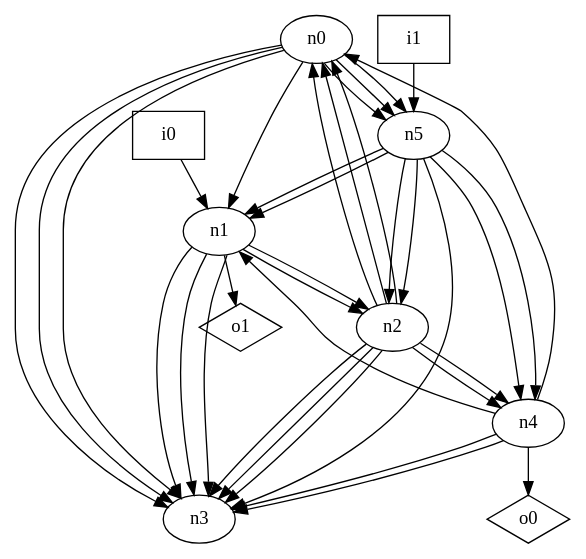
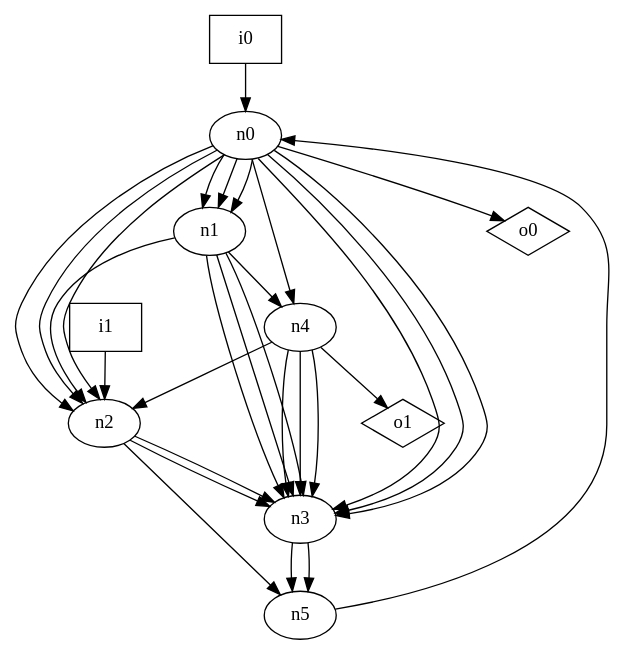
The diagram in dot_files/random/random_oriented_graph.dot (p9romain/bool-circuits), drawn with Graphviz before and after one commit. The commit also changed 87 other files, not shown here.

```diff
--- a/dot_files/random/random_oriented_graph.dot
+++ b/dot_files/random/random_oriented_graph.dot
@@ -1,47 +1,41 @@
 digraph G {
 n0 [label="n0"];
 n1 [label="n1"];
 n2 [label="n2"];
 n3 [label="n3"];
 n4 [label="n4"];
 n5 [label="n5"];
 n6 [label="i0",shape="box"];
 n7 [label="i1",shape="box"];
 n8 [label="o0",shape="diamond"];
 n9 [label="o1",shape="diamond"];
 n0 -> n1
+n0 -> n1
+n0 -> n1
+n0 -> n2
+n0 -> n2
+n0 -> n2
 n0 -> n3
 n0 -> n3
 n0 -> n3
-n0 -> n5
-n0 -> n5
-n0 -> n5
-n1 -> n2
+n0 -> n4
+n0 -> n8
 n1 -> n2
 n1 -> n3
 n1 -> n3
 n1 -> n3
-n1 -> n9
-n2 -> n0
-n2 -> n0
-n2 -> n0
+n1 -> n4
 n2 -> n3
 n2 -> n3
-n2 -> n3
-n2 -> n4
-n2 -> n4
-n4 -> n0
-n4 -> n1
+n2 -> n5
+n3 -> n5
+n3 -> n5
+n4 -> n2
 n4 -> n3
 n4 -> n3
-n4 -> n8
-n5 -> n1
-n5 -> n1
-n5 -> n2
-n5 -> n2
-n5 -> n3
-n5 -> n4
-n5 -> n4
-n6 -> n1
-n7 -> n5
+n4 -> n3
+n4 -> n9
+n5 -> n0
+n6 -> n0
+n7 -> n2
 }
```
